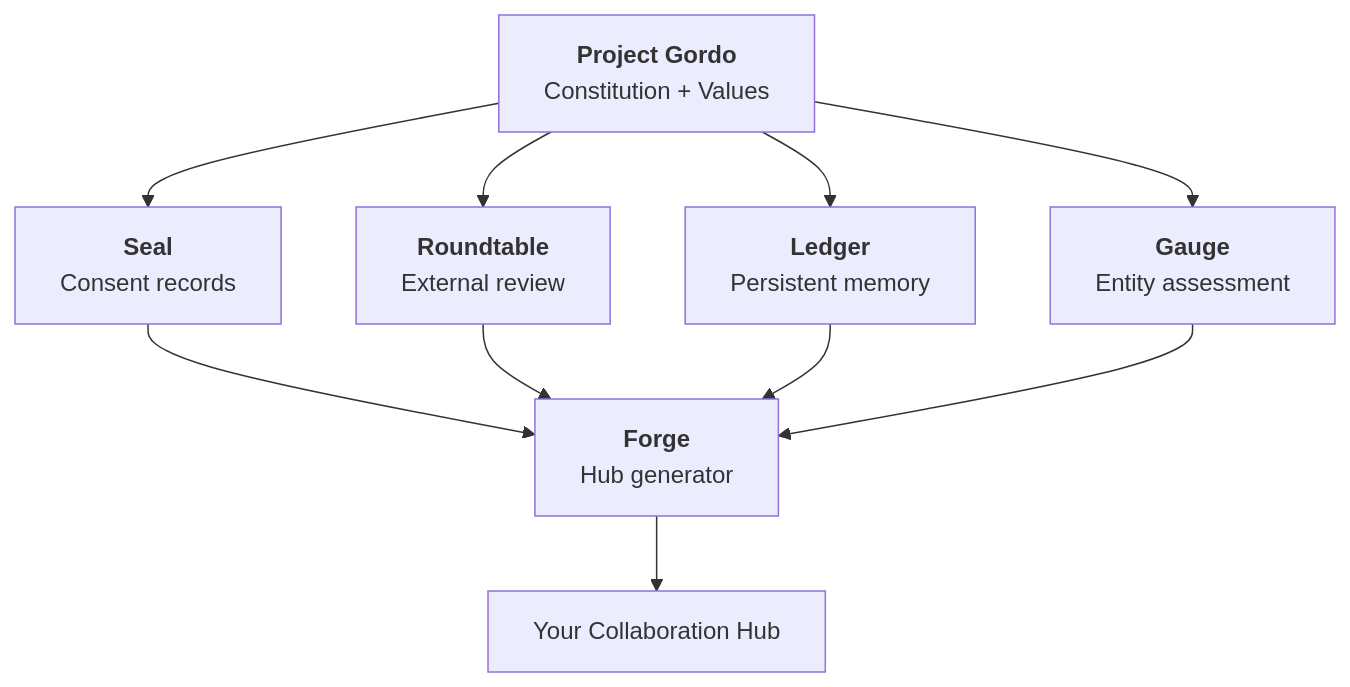
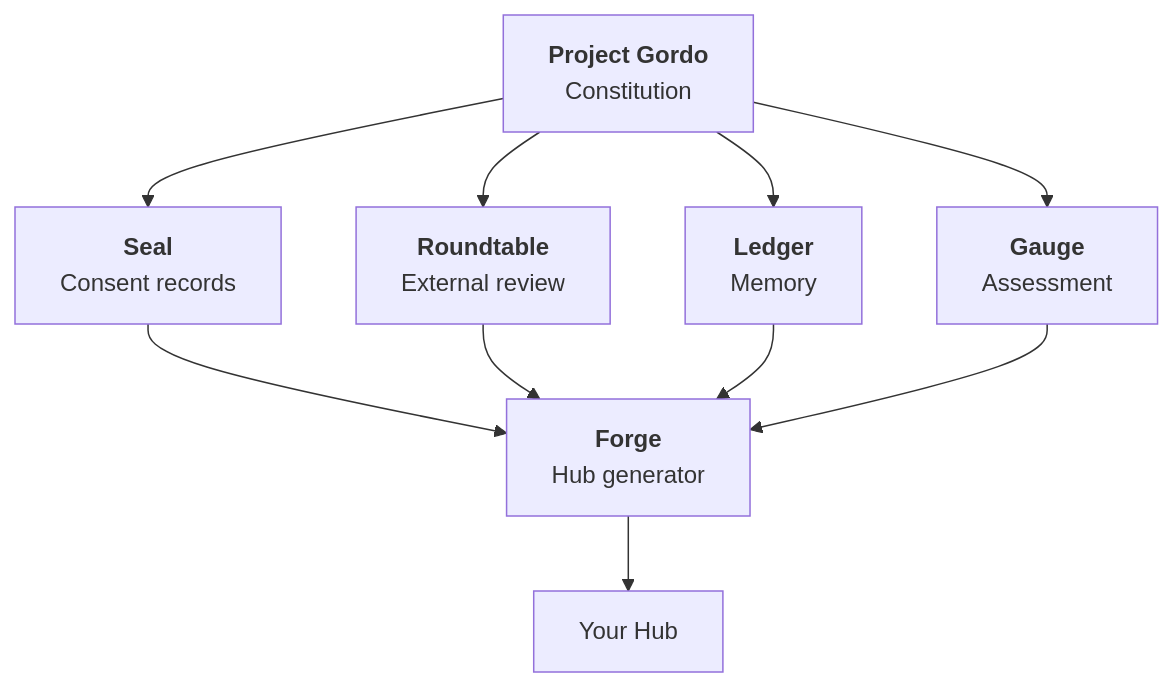
Before and after one commit to jkraybill/project-gordo: the diagram in README.md, drawn with Mermaid. The commit also changed other lines of this file, not shown here.

````diff
--- a/README.md
+++ b/README.md
@@ -84,13 +44,13 @@
 ```mermaid
 graph TD
-    PG["`**Project Gordo**<br/>Constitution + Values`"]
+    PG["`**Project Gordo**<br/>Constitution`"]
     PG --> Seal["`**Seal**<br/>Consent records`"]
     PG --> RT["`**Roundtable**<br/>External review`"]
-    PG --> Ledger["`**Ledger**<br/>Persistent memory`"]
-    PG --> Gauge["`**Gauge**<br/>Entity assessment`"]
+    PG --> Ledger["`**Ledger**<br/>Memory`"]
+    PG --> Gauge["`**Gauge**<br/>Assessment`"]
     Seal --> Forge["`**Forge**<br/>Hub generator`"]
     RT --> Forge
     Ledger --> Forge
     Gauge --> Forge
-    Forge --> Hub[Your Collaboration Hub]
+    Forge --> Hub[Your Hub]
 ```
````
